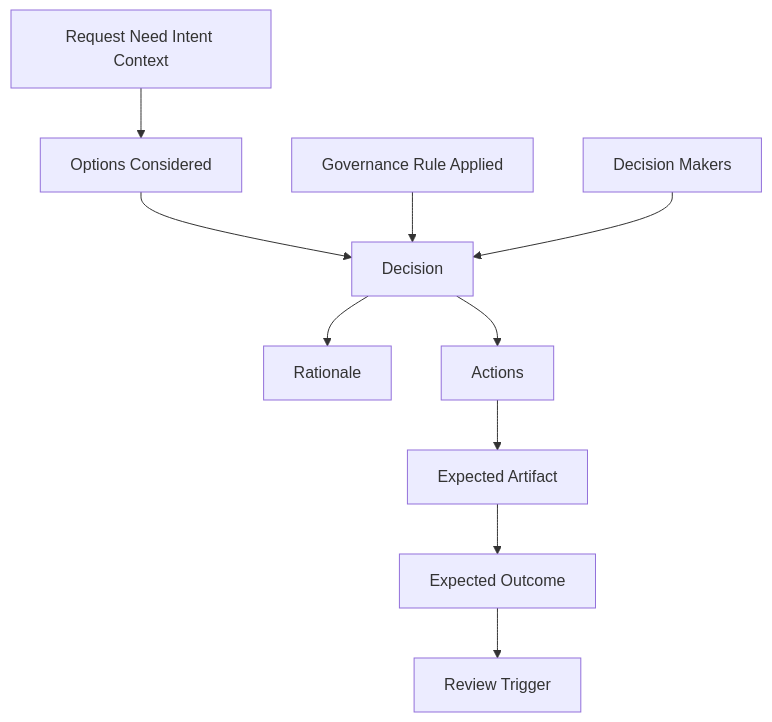
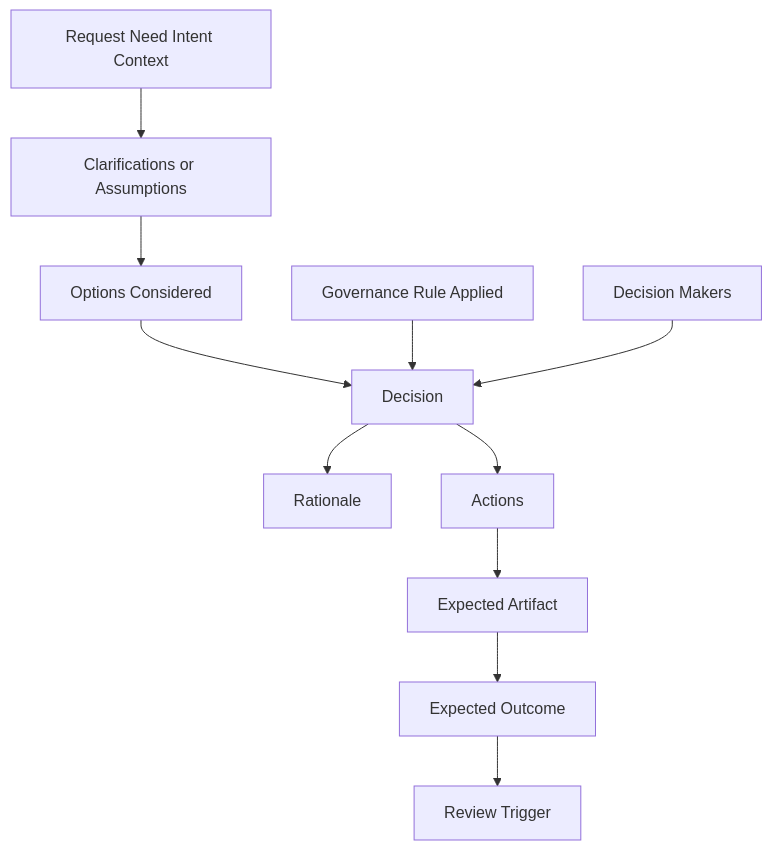
The third of 4 diagrams in README.md (popcoondev/ai-organization-framework), drawn with Mermaid before and after one commit. The commit also changed other lines of this file and 4 other files, not shown here.

````diff
--- a/README.md
+++ b/README.md
@@ -343,23 +377,24 @@
 ```mermaid
 flowchart TD
     input[Request Need Intent Context]
+    clarify[Clarifications or Assumptions]
     options[Options Considered]
     gov[Governance Rule Applied]
     deciders[Decision Makers]
     decision[Decision]
     rationale[Rationale]
     actions[Actions]
     artifact[Expected Artifact]
     outcome[Expected Outcome]
     review[Review Trigger]
 
-    input --> options
+    input --> clarify --> options
     options --> decision
     gov --> decision
     deciders --> decision
     decision --> rationale
     decision --> actions
     actions --> artifact
     artifact --> outcome
     outcome --> review
 ```
````
